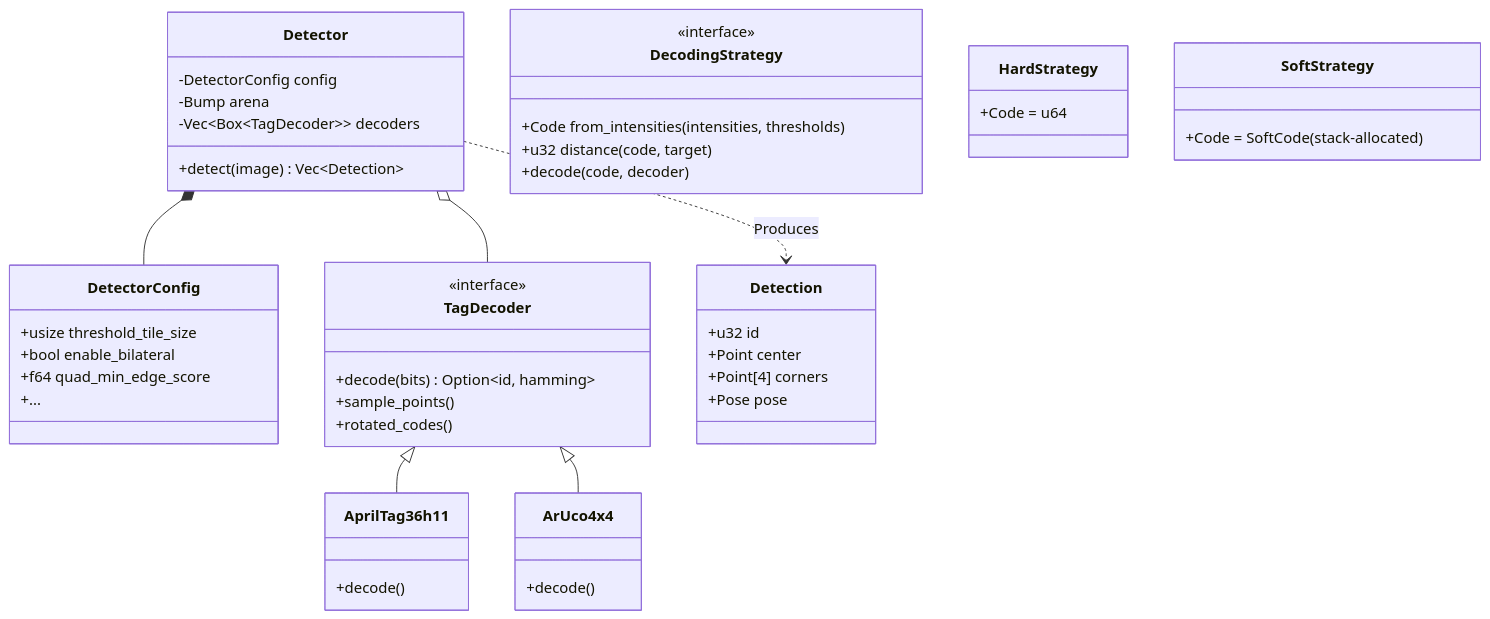
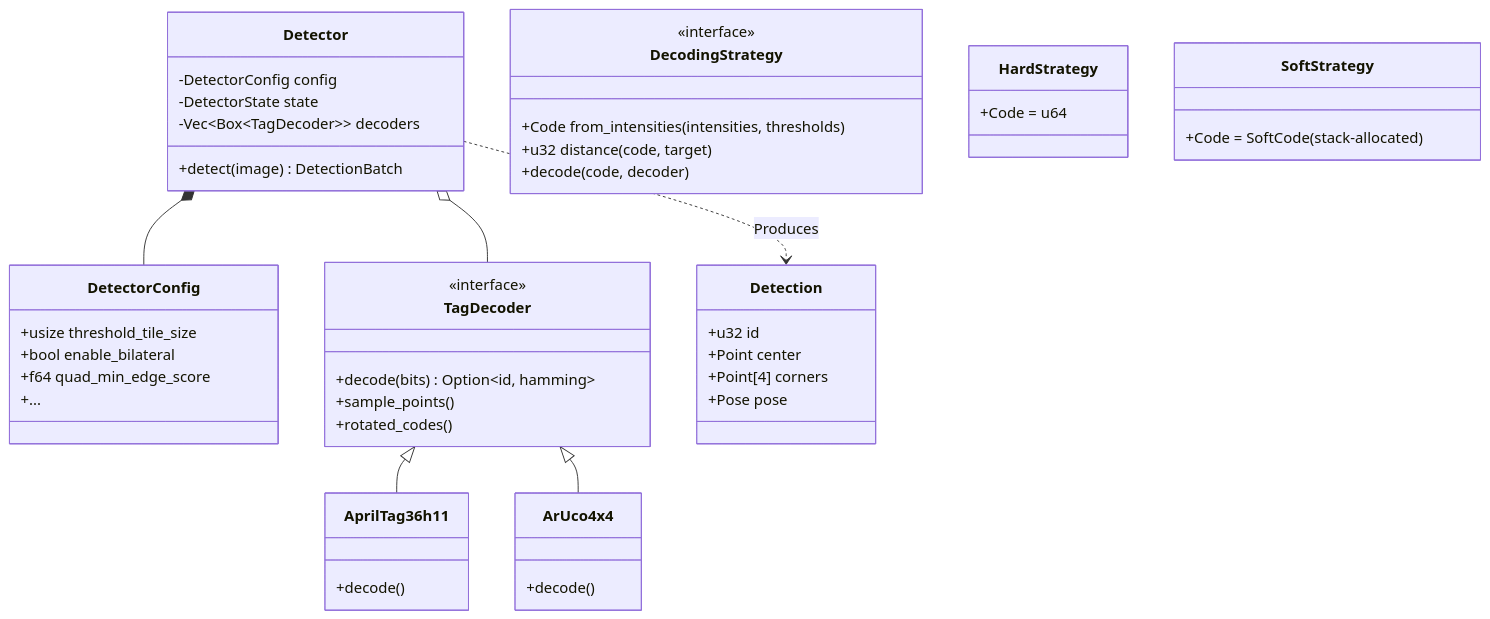
The third of 6 diagrams in docs/explanation/architecture.md (NoeFontana/locus-tag), drawn with Mermaid before and after one commit. The commit also changed other lines of this file and 68 other files, not shown here.

````diff
--- a/docs/explanation/architecture.md
+++ b/docs/explanation/architecture.md
@@ -89,59 +89,59 @@
 ```mermaid
 classDiagram
     class Detector {
         -DetectorConfig config
-        -Bump arena
+        -DetectorState state
         -Vec~Box~TagDecoder~~ decoders
-        +detect(image) Vec~Detection~
+        +detect(image) DetectionBatch
     }
 
     class DetectorConfig {
         +usize threshold_tile_size
         +bool enable_bilateral
         +f64 quad_min_edge_score
         +...
     }
 
     class TagDecoder {
         <<interface>>
         +decode(bits) Option~id, hamming~
         +sample_points()
         +rotated_codes()
     }
 
     class DecodingStrategy {
         <<interface>>
         +Code from_intensities(intensities, thresholds)
         +u32 distance(code, target)
         +decode(code, decoder)
     }
 
     class HardStrategy {
         +Code = u64
     }
 
     class SoftStrategy {
         +Code = SoftCode (stack-allocated)
     }
 
     class AprilTag36h11 {
         +decode()
     }
 
     class ArUco4x4 {
         +decode()
     }
 
     class Detection {
         +u32 id
         +Point center
         +Point[4] corners
         +Pose pose
     }
 
     Detector *-- DetectorConfig
     Detector o-- TagDecoder
     TagDecoder <|-- AprilTag36h11
     TagDecoder <|-- ArUco4x4
     Detector ..> Detection : Produces
 ```
````
